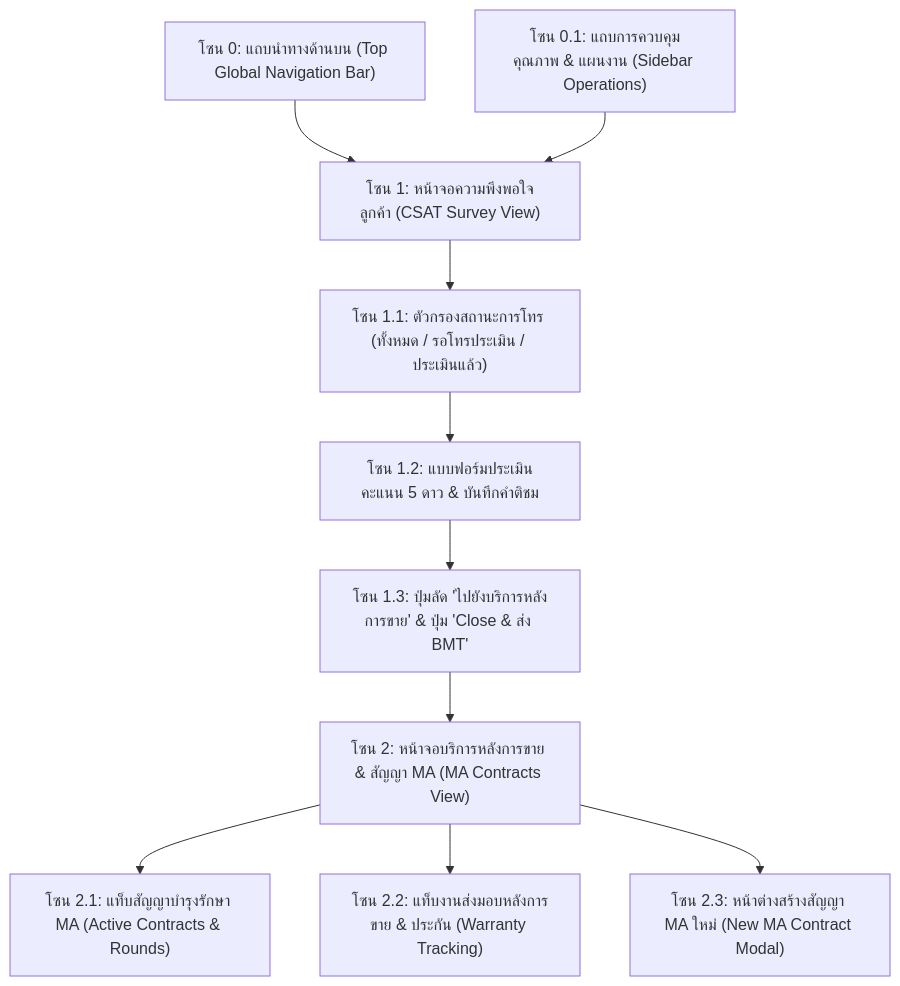
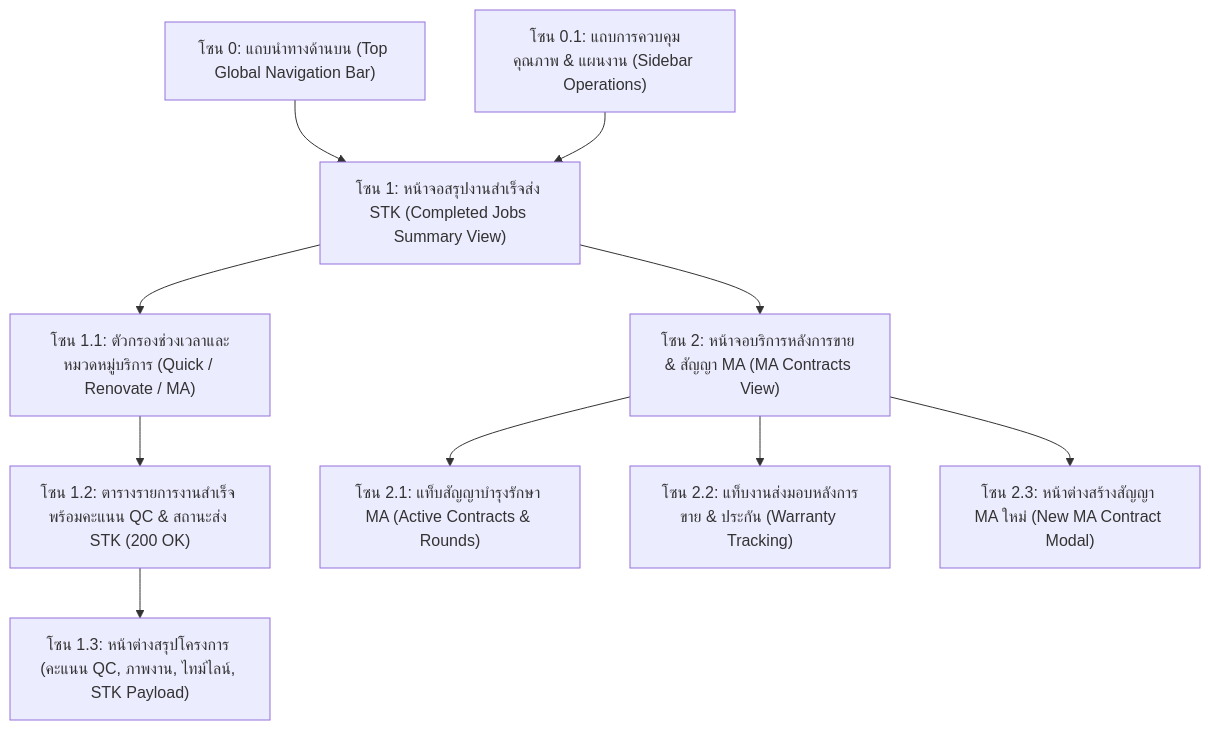
Before and after one commit to isarachootip/pmt_flow: the first of 2 diagrams in doc/คู่มือการใช้งาน_Step7_CSATและบริการหลังการขาย.md, drawn with Mermaid. The commit also changed other lines of this file and 3 other files, not shown here.

Commit message:
feat: migrate CSAT evaluation to external STK system and update job close modal, KPI cards and documentation

````diff
--- a/doc/คู่มือการใช้งาน_Step7_CSATและบริการหลังการขาย.md
+++ b/doc/คู่มือการใช้งาน_Step7_CSATและบริการหลังการขาย.md
@@ -28,23 +28,23 @@
 ```mermaid
 graph TD
     Z0["โซน 0: แถบนำทางด้านบน (Top Global Navigation Bar)"]
     Z01["โซน 0.1: แถบการควบคุมคุณภาพ & แผนงาน (Sidebar Operations)"]
-    Z1["โซน 1: หน้าจอความพึงพอใจลูกค้า (CSAT Survey View)"]
-    Z11["โซน 1.1: ตัวกรองสถานะการโทร (ทั้งหมด / รอโทรประเมิน / ประเมินแล้ว)"]
-    Z12["โซน 1.2: แบบฟอร์มประเมินคะแนน 5 ดาว & บันทึกคำติชม"]
-    Z13["โซน 1.3: ปุ่มลัด 'ไปยังบริการหลังการขาย' & ปุ่ม 'Close & ส่ง BMT'"]
+    Z1["โซน 1: หน้าจอสรุปงานสำเร็จส่ง STK (Completed Jobs Summary View)"]
+    Z11["โซน 1.1: ตัวกรองช่วงเวลาและหมวดหมู่บริการ (Quick / Renovate / MA)"]
+    Z12["โซน 1.2: ตารางรายการงานสำเร็จ พร้อมคะแนน QC & สถานะส่ง STK (200 OK)"]
+    Z13["โซน 1.3: หน้าต่างสรุปโครงการ (คะแนน QC, ภาพงาน, ไทม์ไลน์, STK Payload)"]
     Z2["โซน 2: หน้าจอบริการหลังการขาย & สัญญา MA (MA Contracts View)"]
     Z21["โซน 2.1: แท็บสัญญาบำรุงรักษา MA (Active Contracts & Rounds)"]
     Z22["โซน 2.2: แท็บงานส่งมอบหลังการขาย & ประกัน (Warranty Tracking)"]
     Z23["โซน 2.3: หน้าต่างสร้างสัญญา MA ใหม่ (New MA Contract Modal)"]
 
     Z0 --> Z1
     Z01 --> Z1
     Z1 --> Z11
     Z11 --> Z12
     Z12 --> Z13
-    Z13 --> Z2
+    Z1 --> Z2
     Z2 --> Z21
     Z2 --> Z22
     Z2 --> Z23
 ```
````
